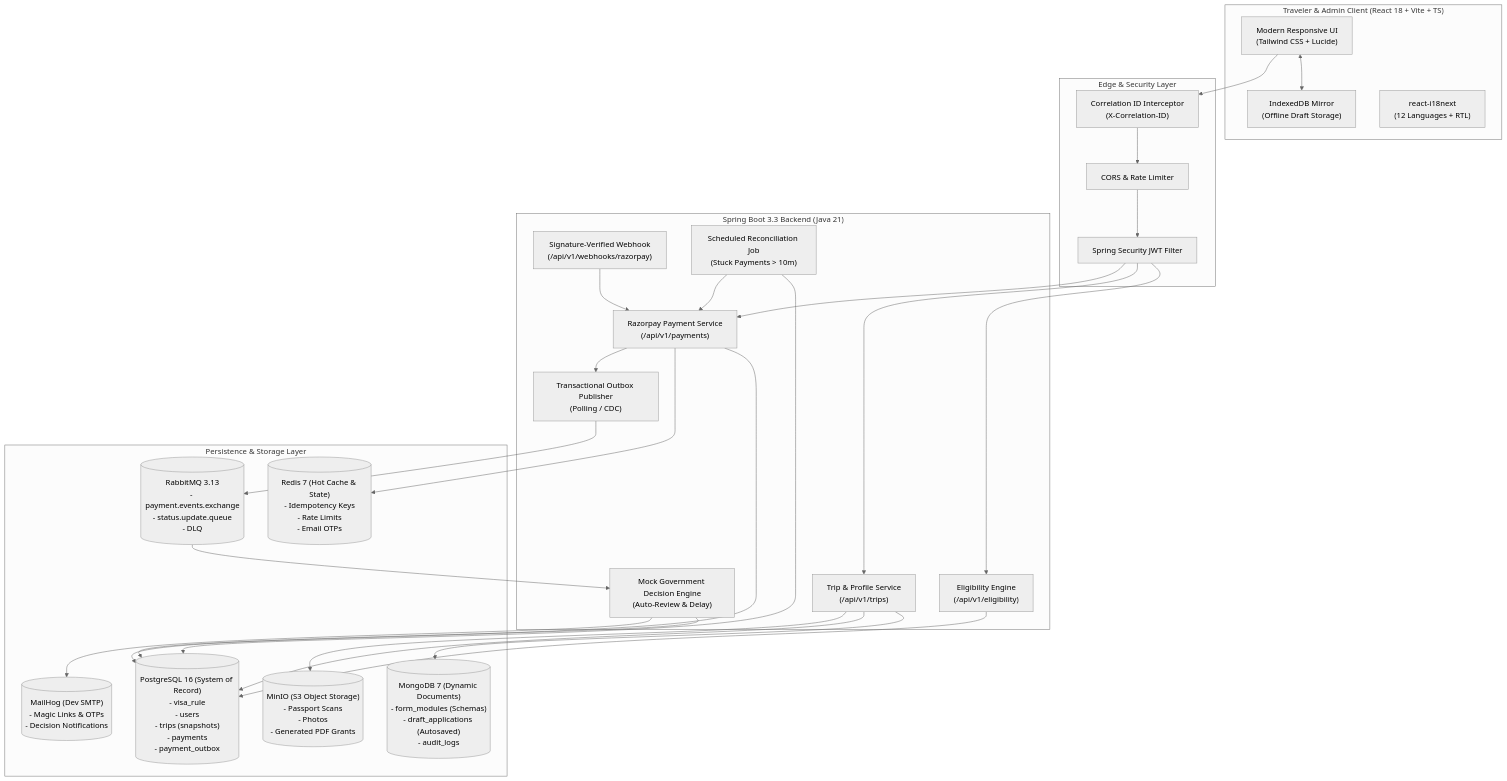
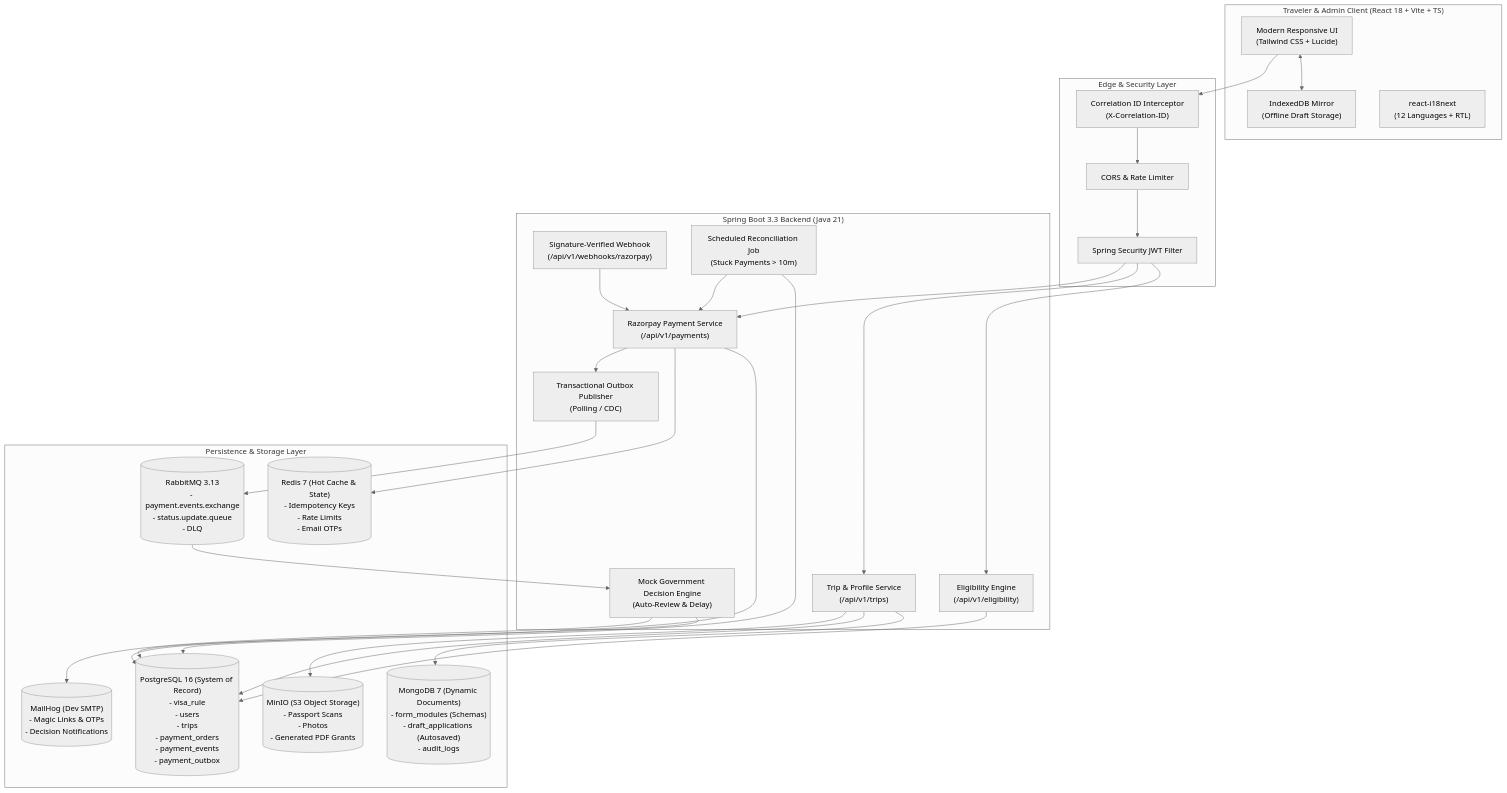
One commit to shelakeemahesh/VisaIndia.io changed the diagram in README.md. Above: the diagram before and after it, drawn with Mermaid (neutral theme). The commit also changed 23 other files, not shown here.

Commit message:
fix(boot): squash schema and harden boot configuration

````diff
--- a/README.md
+++ b/README.md
@@ -23,54 +23,54 @@
 ```mermaid
 flowchart TB
     subgraph Client["Traveler & Admin Client (React 18 + Vite + TS)"]
         UI["Modern Responsive UI<br/>(Tailwind CSS + Lucide)"]
         IDB["IndexedDB Mirror<br/>(Offline Draft Storage)"]
         I18N["react-i18next<br/>(12 Languages + RTL)"]
     end
 
     subgraph Gateway["Edge & Security Layer"]
         CORS["CORS & Rate Limiter"]
         CORR["Correlation ID Interceptor<br/>(X-Correlation-ID)"]
         JWT["Spring Security JWT Filter"]
     end
 
     subgraph Backend["Spring Boot 3.3 Backend (Java 21)"]
         ELIG["Eligibility Engine<br/>(/api/v1/eligibility)"]
         WIZARD["Trip & Profile Service<br/>(/api/v1/trips)"]
         PAY["Razorpay Payment Service<br/>(/api/v1/payments)"]
         WEBHOOK["Signature-Verified Webhook<br/>(/api/v1/webhooks/razorpay)"]
         RECON["Scheduled Reconciliation Job<br/>(Stuck Payments > 10m)"]
         OUTBOX_PUB["Transactional Outbox Publisher<br/>(Polling / CDC)"]
         GOV_MOCK["Mock Government Decision Engine<br/>(Auto-Review & Delay)"]
     end
 
     subgraph Data["Persistence & Storage Layer"]
-        PG[("PostgreSQL 16 (System of Record)<br/>- visa_rule<br/>- users<br/>- trips (snapshots)<br/>- payments<br/>- payment_outbox")]
+        PG[("PostgreSQL 16 (System of Record)<br/>- visa_rule<br/>- users<br/>- trips<br/>- payment_orders<br/>- payment_events<br/>- payment_outbox")]
         MONGO[("MongoDB 7 (Dynamic Documents)<br/>- form_modules (Schemas)<br/>- draft_applications (Autosaved)<br/>- audit_logs")]
         REDIS[("Redis 7 (Hot Cache & State)<br/>- Idempotency Keys<br/>- Rate Limits<br/>- Email OTPs")]
         MINIO[("MinIO (S3 Object Storage)<br/>- Passport Scans<br/>- Photos<br/>- Generated PDF Grants")]
         RABBIT[("RabbitMQ 3.13<br/>- payment.events.exchange<br/>- status.update.queue<br/>- DLQ")]
         MAIL[("MailHog (Dev SMTP)<br/>- Magic Links & OTPs<br/>- Decision Notifications")]
     end
 
     UI <--> IDB
     UI --> CORR --> CORS --> JWT
     JWT --> ELIG
     JWT --> WIZARD
     JWT --> PAY
     WEBHOOK --> PAY
 
     ELIG --> PG
     WIZARD --> MONGO
     WIZARD --> PG
     WIZARD --> MINIO
     PAY --> PG
     PAY --> REDIS
     PAY --> OUTBOX_PUB
     OUTBOX_PUB --> RABBIT
     RABBIT --> GOV_MOCK
     GOV_MOCK --> PG
     GOV_MOCK --> MAIL
     RECON --> PG
     RECON --> PAY
 ```
````
